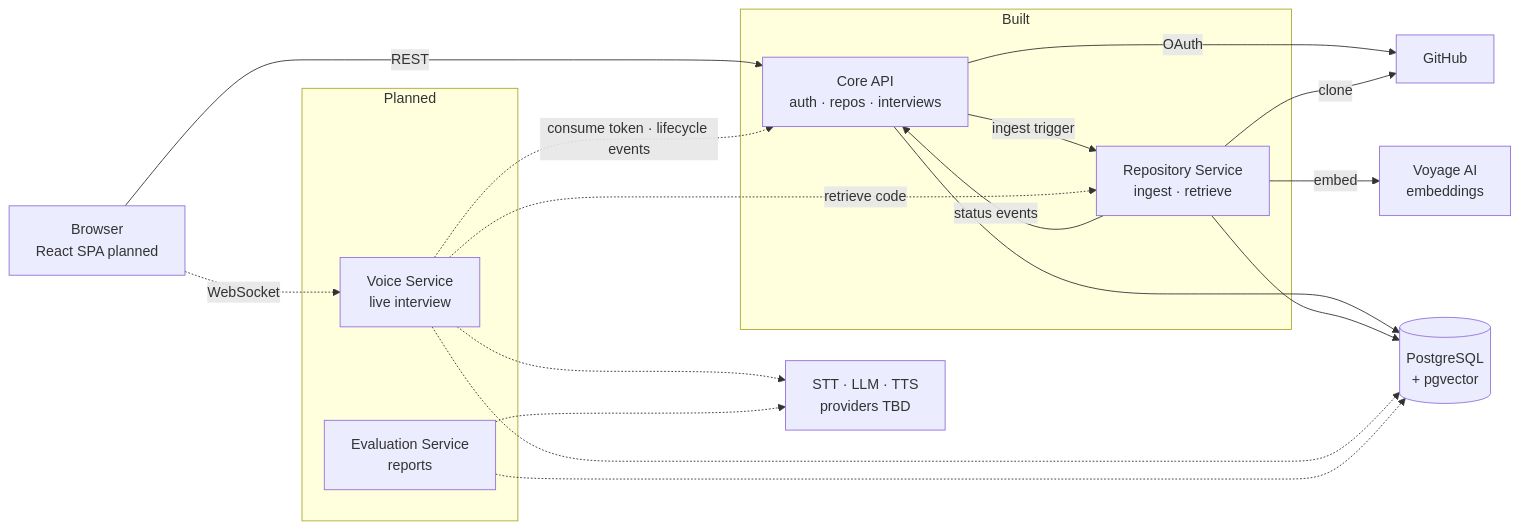
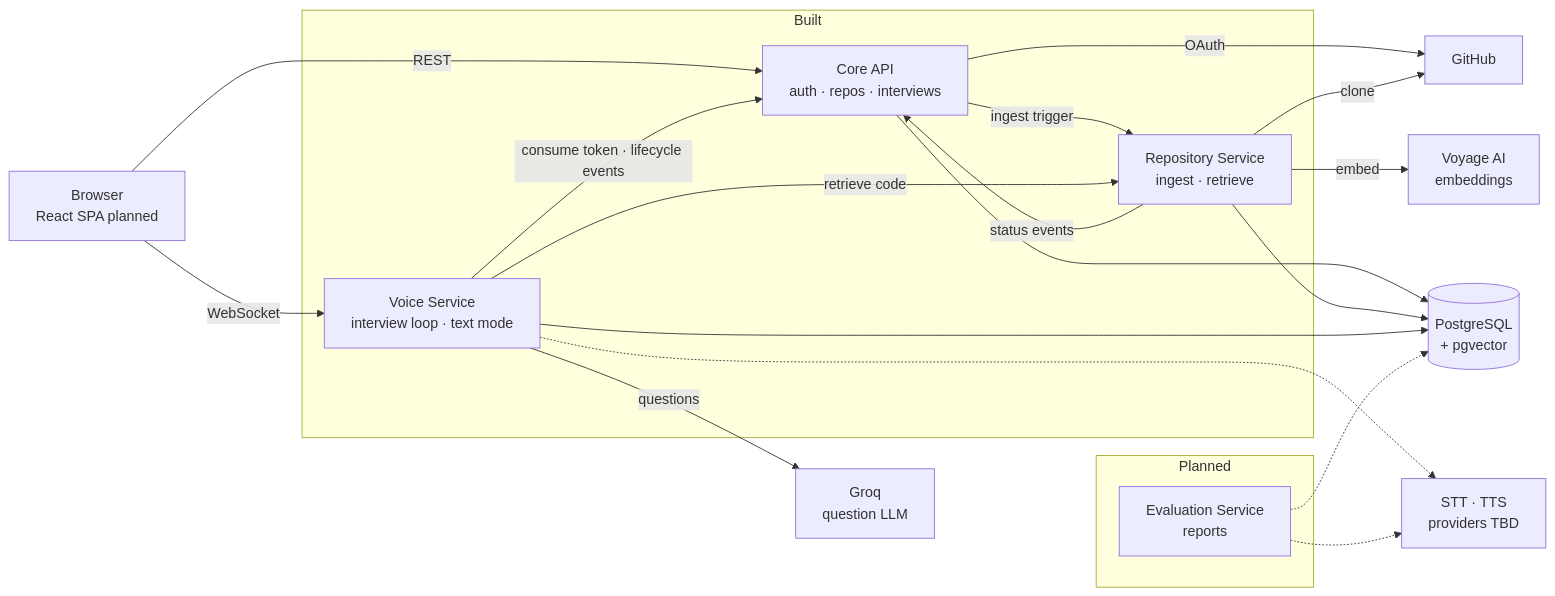
Before and after one commit to missLaiba22/RepoViva: the diagram in README.md, drawn with Mermaid. The commit also changed other lines of this file and 3 other files, not shown here.

Commit message:
docs: document voice service text-mode slice

````diff
--- a/README.md
+++ b/README.md
@@ -13,35 +13,37 @@
 ```mermaid
 flowchart LR
     FE[Browser<br/>React SPA planned]
 
     subgraph Built
         CORE[Core API<br/>auth · repos · interviews]
         REPO[Repository Service<br/>ingest · retrieve]
+        VOICE[Voice Service<br/>interview loop · text mode]
     end
 
     subgraph Planned
-        VOICE[Voice Service<br/>live interview]
         EVAL[Evaluation Service<br/>reports]
     end
 
     DB[(PostgreSQL<br/>+ pgvector)]
     GH[GitHub]
     VOY[Voyage AI<br/>embeddings]
-    AI[STT · LLM · TTS<br/>providers TBD]
+    LLM[Groq<br/>question LLM]
+    AI[STT · TTS<br/>providers TBD]
 
     FE -- REST --> CORE
-    FE -. WebSocket .-> VOICE
+    FE -- WebSocket --> VOICE
     CORE -- OAuth --> GH
     CORE -- ingest trigger --> REPO
     REPO -- status events --> CORE
     REPO -- clone --> GH
     REPO -- embed --> VOY
-    VOICE -. consume token · lifecycle events .-> CORE
-    VOICE -. retrieve code .-> REPO
+    VOICE -- consume token · lifecycle events --> CORE
+    VOICE -- retrieve code --> REPO
+    VOICE -- questions --> LLM
     VOICE -.-> AI
     EVAL -.-> AI
     CORE --> DB
     REPO --> DB
-    VOICE -.-> DB
+    VOICE --> DB
     EVAL -.-> DB
 ```
````
